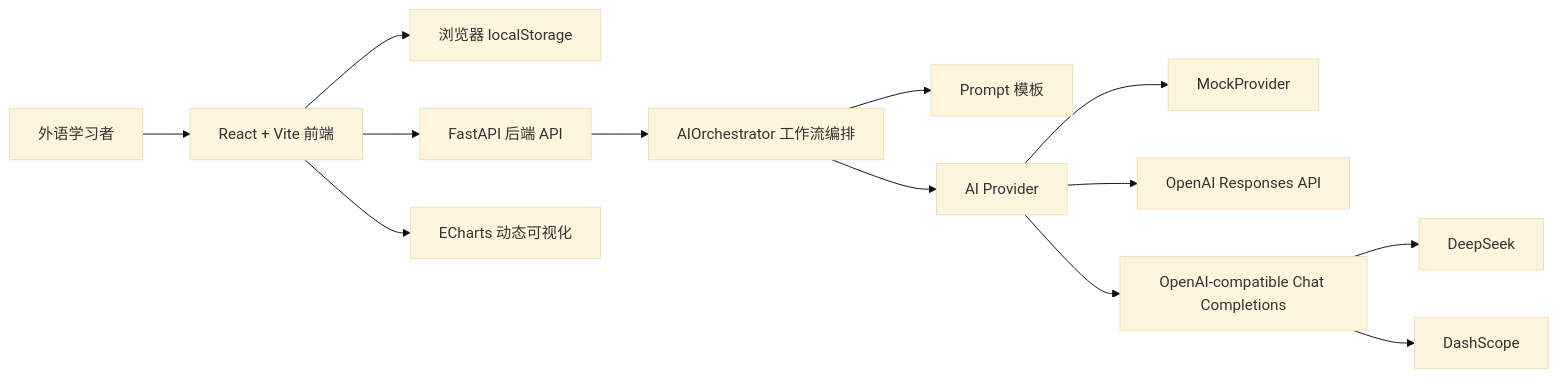
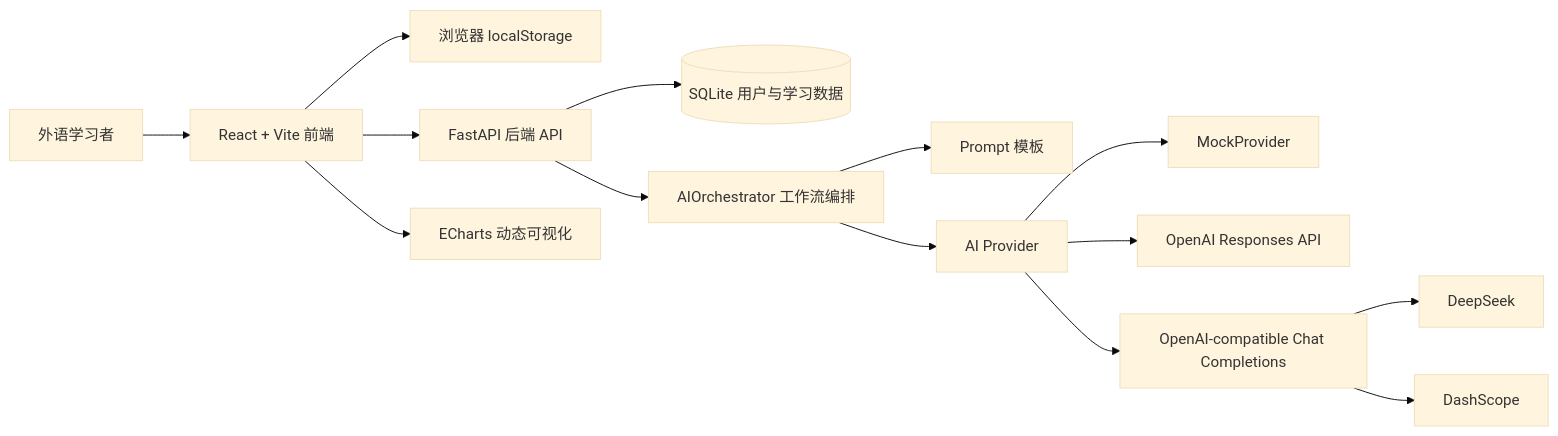
One commit to Han-Xinlong/ZJSUer_Translation_assistant changed the first of 5 diagrams in docs/technical_documentation.md. Above: the diagram before and after it, drawn with Mermaid (base theme). The commit also changed other lines of this file and 20 other files, not shown here.

````diff
--- a/docs/technical_documentation.md
+++ b/docs/technical_documentation.md
@@ -17,15 +17,16 @@
 ```mermaid
 flowchart LR
   U[外语学习者] --> FE[React + Vite 前端]
   FE --> LS[浏览器 localStorage]
   FE --> API[FastAPI 后端 API]
+  API --> DB[(SQLite 用户与学习数据)]
   API --> ORCH[AIOrchestrator 工作流编排]
   ORCH --> PROMPTS[Prompt 模板]
   ORCH --> PROVIDER[AI Provider]
   PROVIDER --> MOCK[MockProvider]
   PROVIDER --> OPENAI[OpenAI Responses API]
   PROVIDER --> COMPAT[OpenAI-compatible Chat Completions]
   COMPAT --> DEEPSEEK[DeepSeek]
   COMPAT --> DASHSCOPE[DashScope]
   FE --> CHART[ECharts 动态可视化]
 ```
````
